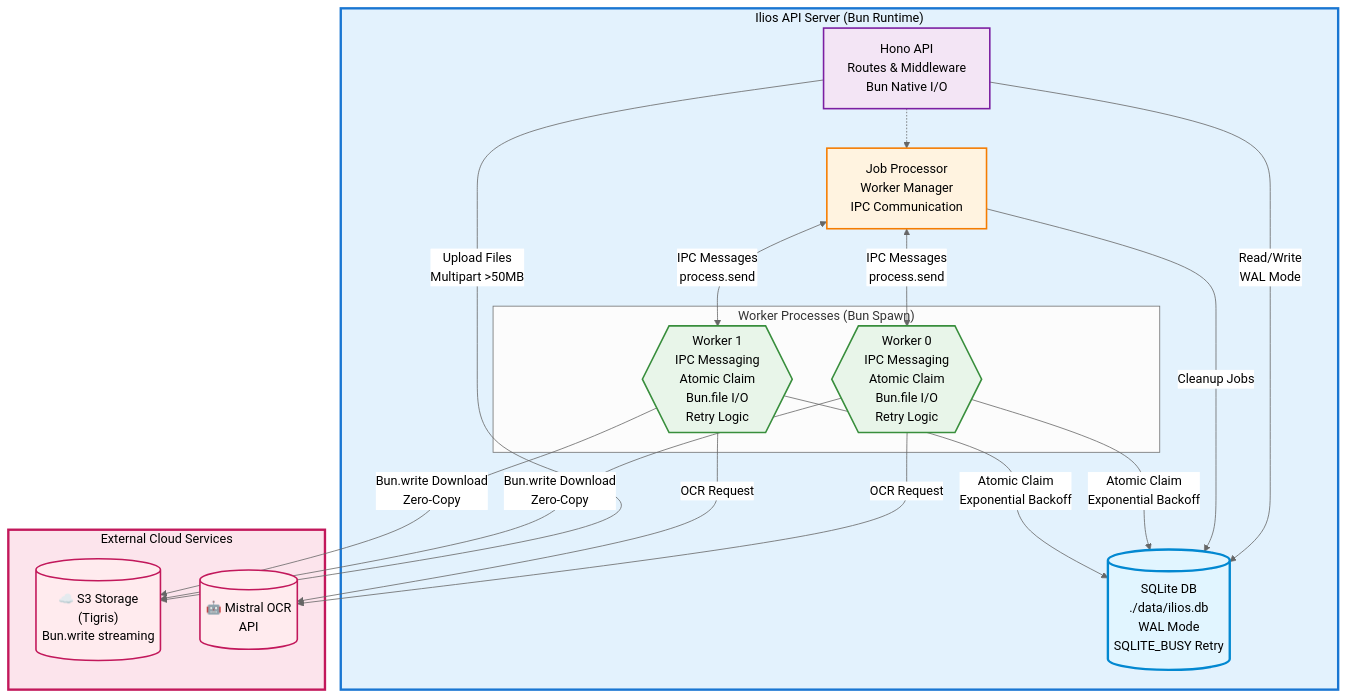
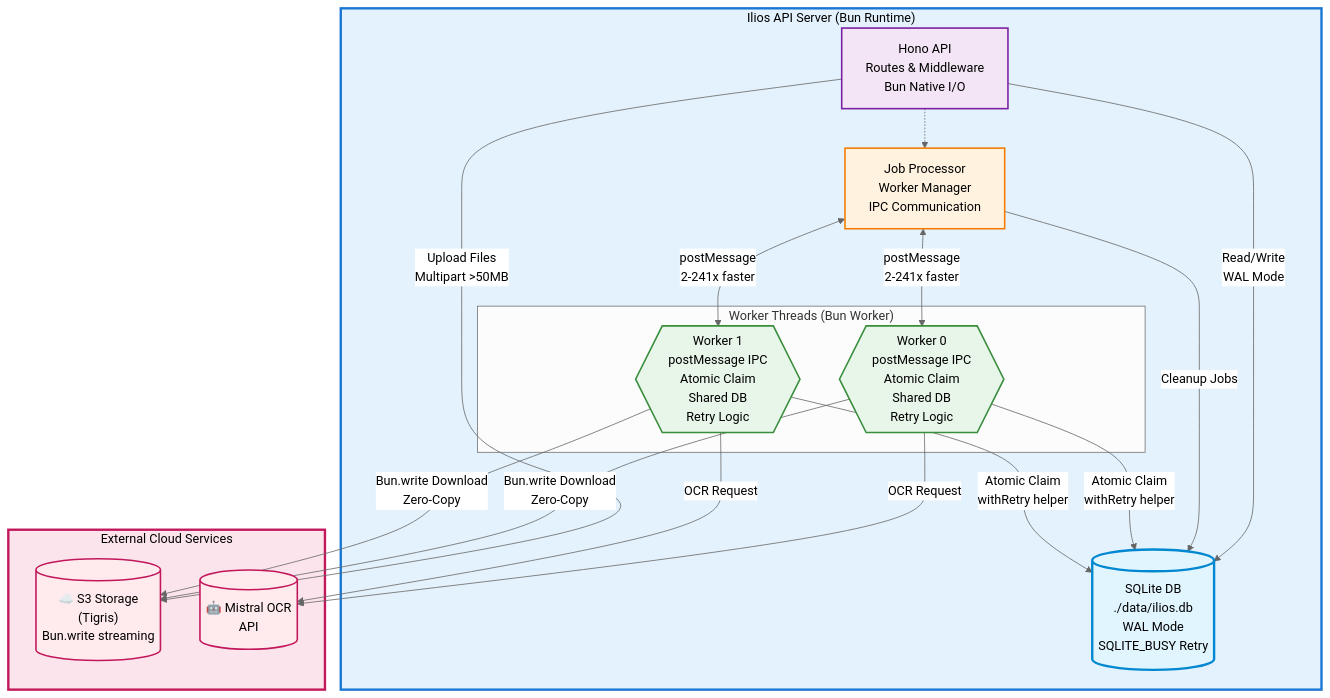
The first of 4 diagrams in README.md (tobalo/ilios), drawn with Mermaid (neutral theme) before and after one commit. The commit also changed other lines of this file, not shown here.

Commit message:
docs: updated with bun worker api

````diff
--- a/README.md
+++ b/README.md
@@ -143,44 +143,44 @@
 ```mermaid
 graph TB
     subgraph CORE["Ilios API Server (Bun Runtime)"]
         API[Hono API<br/>Routes & Middleware<br/>Bun Native I/O]
         JP[Job Processor<br/>Worker Manager<br/>IPC Communication]
         DB[(SQLite DB<br/>./data/ilios.db<br/>WAL Mode<br/>SQLITE_BUSY Retry)]
         
-        subgraph "Worker Processes (Bun Spawn)"
-            W0{{Worker 0<br/>IPC Messaging<br/>Atomic Claim<br/>Bun.file I/O<br/>Retry Logic}}
-            W1{{Worker 1<br/>IPC Messaging<br/>Atomic Claim<br/>Bun.file I/O<br/>Retry Logic}}
+        subgraph "Worker Threads (Bun Worker)"
+            W0{{Worker 0<br/>postMessage IPC<br/>Atomic Claim<br/>Shared DB<br/>Retry Logic}}
+            W1{{Worker 1<br/>postMessage IPC<br/>Atomic Claim<br/>Shared DB<br/>Retry Logic}}
         end
         
         API -.-> JP
         API -->|Read/Write<br/>WAL Mode| DB
-        JP <-->|IPC Messages<br/>process.send| W0
-        JP <-->|IPC Messages<br/>process.send| W1
+        JP <-->|postMessage<br/>2-241x faster| W0
+        JP <-->|postMessage<br/>2-241x faster| W1
         JP -->|Cleanup Jobs| DB
         
-        W0 -->|Atomic Claim<br/>Exponential Backoff| DB
-        W1 -->|Atomic Claim<br/>Exponential Backoff| DB
+        W0 -->|Atomic Claim<br/>withRetry helper| DB
+        W1 -->|Atomic Claim<br/>withRetry helper| DB
     end
     
     subgraph EXT["External Cloud Services"]
         EXT_S3[("☁️ S3 Storage<br/>(Tigris)<br/>Bun.write streaming")]
         EXT_MISTRAL[("🤖 Mistral OCR<br/>API")]
     end
     
     API -->|Upload Files<br/>Multipart >50MB| EXT_S3
     W0 -->|Bun.write Download<br/>Zero-Copy| EXT_S3
     W1 -->|Bun.write Download<br/>Zero-Copy| EXT_S3
     
     W0 -->|OCR Request| EXT_MISTRAL
     W1 -->|OCR Request| EXT_MISTRAL
     
     style CORE fill:#e3f2fd,stroke:#1976d2,stroke-width:3px,color:#000
     style EXT fill:#fce4ec,stroke:#c2185b,stroke-width:3px,color:#000
     style DB fill:#e1f5ff,stroke:#0288d1,stroke-width:3px,color:#000
     style API fill:#f3e5f5,stroke:#7b1fa2,stroke-width:2px,color:#000
     style JP fill:#fff3e0,stroke:#f57c00,stroke-width:2px,color:#000
     style W0 fill:#e8f5e9,stroke:#388e3c,stroke-width:2px,color:#000
     style W1 fill:#e8f5e9,stroke:#388e3c,stroke-width:2px,color:#000
     style EXT_S3 fill:#ffebee,stroke:#c2185b,stroke-width:2px,color:#000
     style EXT_MISTRAL fill:#ffebee,stroke:#c2185b,stroke-width:2px,color:#000
 ```
````
